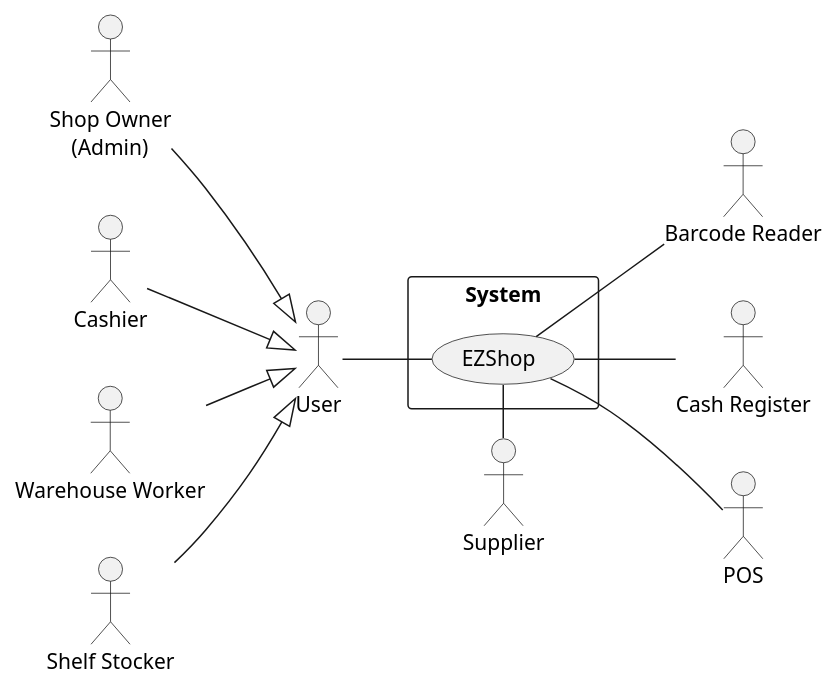
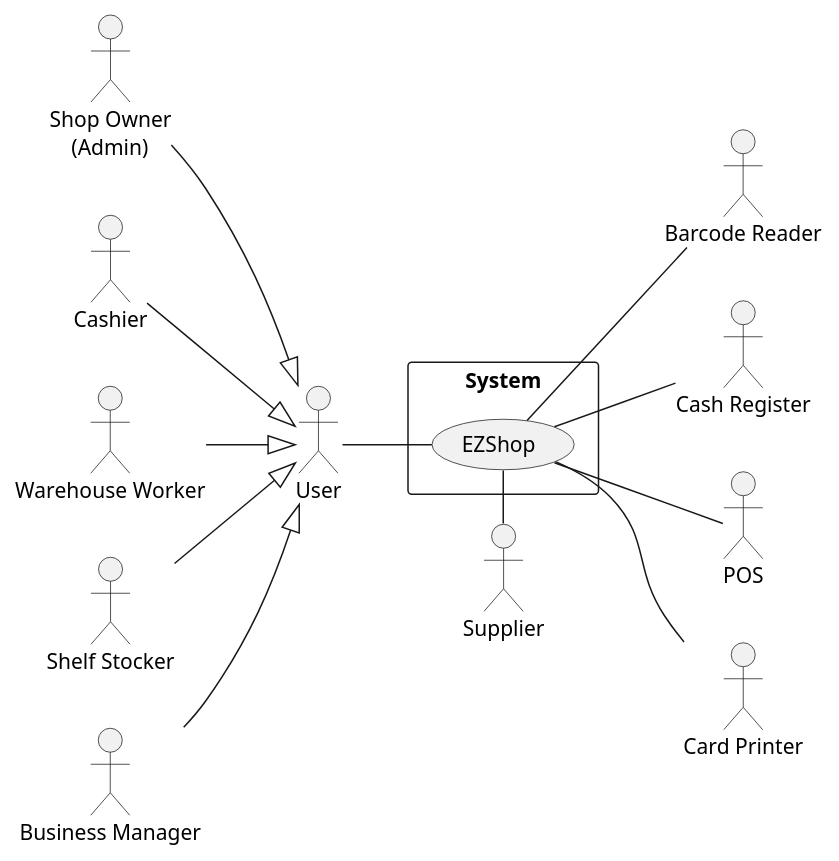
One commit to gioele-scaletta/EZShop-Software-Engineering-Project changed the first of 5 diagrams in Deliverables/RequirementsDocument.md. Above: the diagram before and after it, drawn with PlantUML. The commit also changed other lines of this file, not shown here.

````diff
--- a/Deliverables/RequirementsDocument.md
+++ b/Deliverables/RequirementsDocument.md
@@ -60,28 +60,32 @@
 ```plantuml
 left to right direction
  
 actor "User" as u
 actor "Shop Owner\n    (Admin)" as so
 actor "Cashier" as c
 actor "Warehouse Worker" as ww
 actor "Shelf Stocker" as ss
 actor "Barcode Reader" as br
 actor "Cash Register" as cr
 actor "POS" as p
+Actor "Card Printer" as cp
 actor "Supplier" as s
+actor "Business Manager" as bm
  
 rectangle System {
     usecase EZShop
 }
  
 so --|> u
 c --|> u
 ww --|> u
 ss --|> u
+bm --|> u
  
 u -- EZShop
 EZShop -- br
 EZShop -- cr
 EZShop -- p
+EZShop -- cp
 s - EZShop
 ```
````
